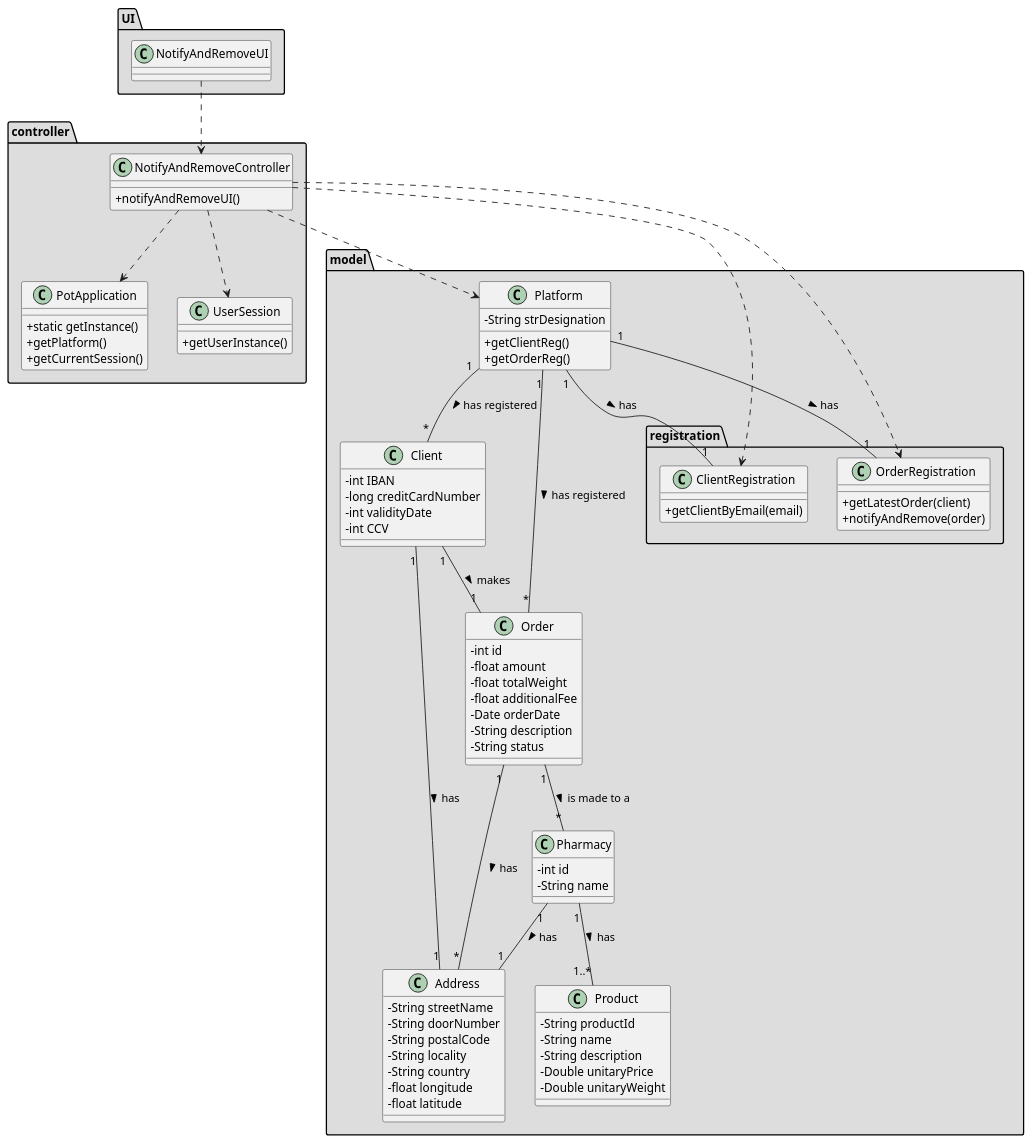
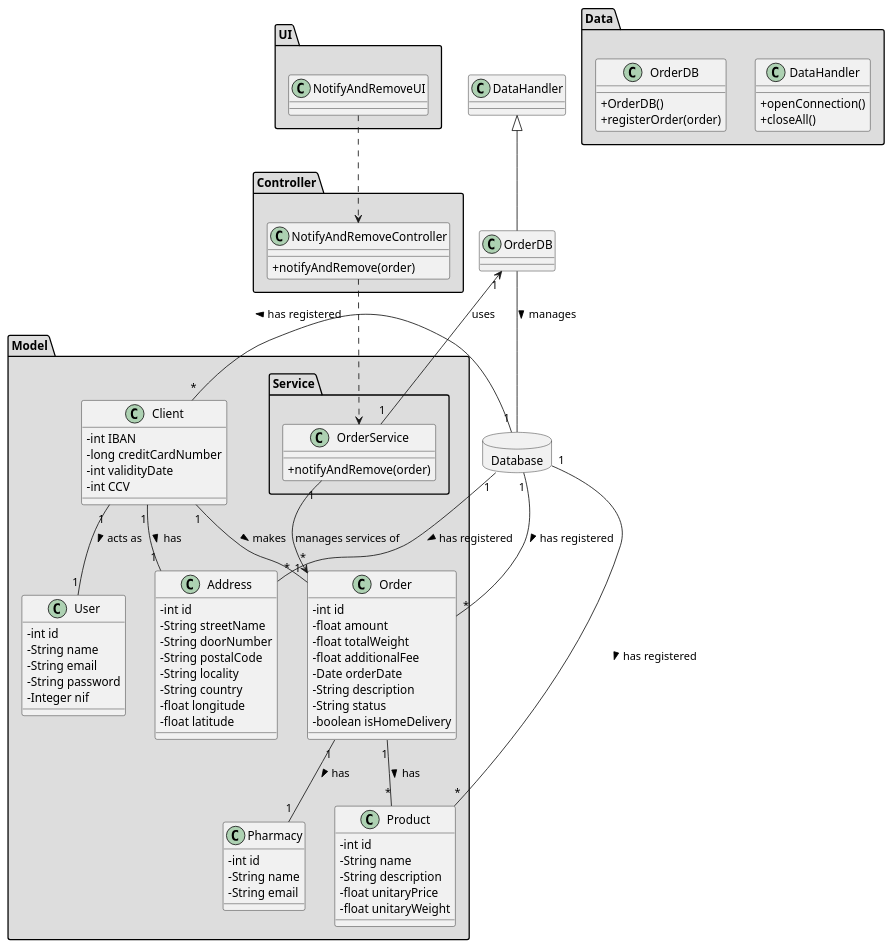
The diagram in docs/Iteration 3/Make An Order/Refinement/US74_NotifyAndRemove/US74_CD.puml (tiagoavcosta25/LAPR3), drawn with PlantUML before and after one commit. The commit also changed 2 other files, not shown here.

Commit message:
LAPR2AP2-74 #refining NotifyAndRemove [Analysis] LAPR2AP2-74 #refining NotifyAndRemove [Design]

```diff
--- a/docs/Iteration 3/Make An Order/Refinement/US74_NotifyAndRemove/US74_CD.puml
+++ b/docs/Iteration 3/Make An Order/Refinement/US74_NotifyAndRemove/US74_CD.puml
@@ -1,112 +1,120 @@
 @startuml
 skinparam classAttributeIconSize 0
 
-
-package "UI" #DDDDDD{
-class NotifyAndRemoveUI {
-    
+package "UI" #DDDDDD {
+class NotifyAndRemoveUI{
 }
 }
-package "controller" #DDDDDD{
-class NotifyAndRemoveController {
-    
-  +notifyAndRemoveUI()
-}
-class PotApplication
-{
-  +static getInstance()
-  +getPlatform()
-  +getCurrentSession()
+
+
+package "Controller" #DDDDDD {
+
+
+class NotifyAndRemoveController{
++notifyAndRemove(order)
 }
 
-class UserSession
-{
-  +getUserInstance()
 }
+
+database Database{
 }
-package "model" #DDDDDD{
-class Platform {
-  -String strDesignation
-  +getClientReg()
-  +getOrderReg()
+
+
+package "Model" #DDDDDD {
+package "Service" #DDDDDD {
+
+  class OrderService{
+       +notifyAndRemove(order)
+  }
+ }
 }
+
+package "Model" #DDDDDD {
+class User{
+-   int id
+-   String name
+-   String email
+-   String password
+-   Integer nif
+}
+
 class Client{
 -   int IBAN
 -   long creditCardNumber
 -   int validityDate
 -   int CCV
 }
 
 class Address{
+-   int id
 -   String streetName
 -   String doorNumber
 -   String postalCode
 -   String locality
 -   String country
 -   float longitude
 -   float latitude
 }
 
 class Order{
 -   int id
 -   float amount
 -   float totalWeight
 -   float additionalFee
 -   Date orderDate
 -   String description
 -   String status
+-   boolean isHomeDelivery
+}
+
+class Product{
+-   int id
+-   String name
+-   String description
+-   float unitaryPrice
+-   float unitaryWeight
 }
 
 class Pharmacy{
 -   int id
 -   String name
+-   String email
 }
 
-class Product{
-    -String productId
-    -String name
-    -String description
-    -Double unitaryPrice
-    -Double unitaryWeight
 }
 
 
-package "registration" #DDDDDD{
-class ClientRegistration {
+package "Data" #DDDDDD {
+class DataHandler{
+    +openConnection()
+    +closeAll()
+}
 
-  +getClientByEmail(email)
+
+class OrderDB{
+       +OrderDB()
+       +registerOrder(order)
+  }
+
 
 }
 
-class OrderRegistration {
-
-  +getLatestOrder(client)
-  +notifyAndRemove(order)
-
-}
-}
-}
-
-
-Platform "1" -- "1" OrderRegistration: has >
-Platform "1" -- "1" ClientRegistration: has >
-
+class OrderDB extends DataHandler
 
 NotifyAndRemoveUI ..> NotifyAndRemoveController
+NotifyAndRemoveController ..> OrderService
+Database "1" -- "*" Client : has registered >
+Database "1" -- "*" Order : has registered >
+Database "1" -- "*" Product : has registered >
+Database "1" -- "*" Address : has registered >
+OrderDB -- Database : manages >
+OrderService "1" --> "*" Order : manages services of
+OrderService "1" --> "1" OrderDB : uses
 
-NotifyAndRemoveController ..> Platform
-NotifyAndRemoveController ..> OrderRegistration
-NotifyAndRemoveController ..> ClientRegistration
-NotifyAndRemoveController ..> PotApplication
-NotifyAndRemoveController ..> UserSession
-Platform "1" -- "*" Client : has registered >
-Order "1" -- "*" Address : has >
-Order "1" -- "*" Pharmacy : is made to a >
-Platform "1" -- "*" Order : has registered >
+Order "1" -- "*" Product : has >
+Order "1" -- "1" Pharmacy : has >
 Client "1" -- "1" Order : makes >
 Client "1" -- "1" Address : has >
-Pharmacy "1" -- "1" Address : has >
-Pharmacy "1" -- "1..*" Product : has >
-
+Client "1" -- "1" User : acts as >
 
 @enduml
```
